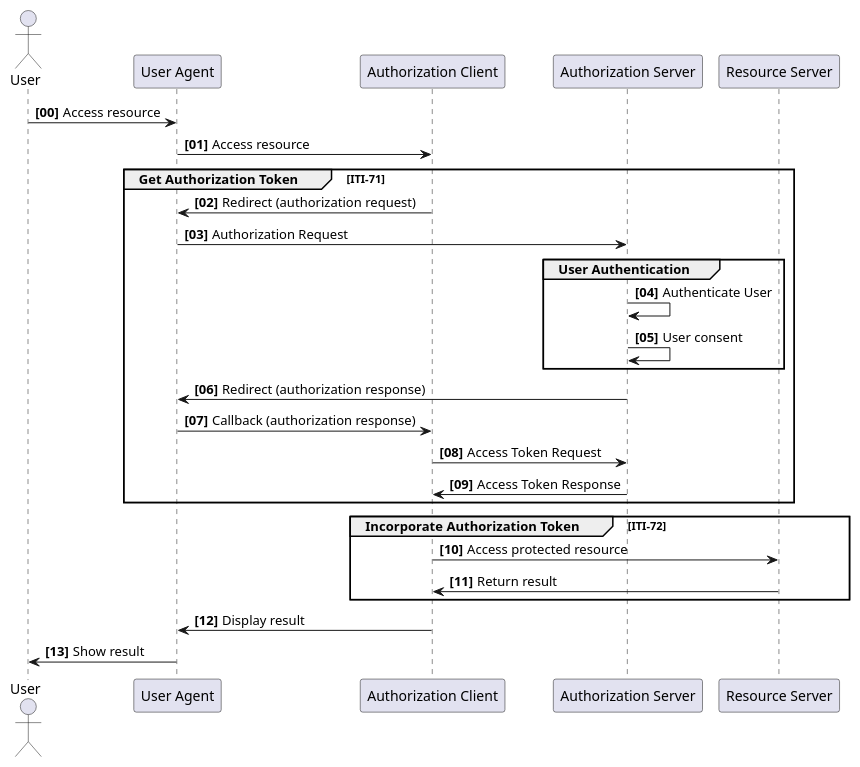
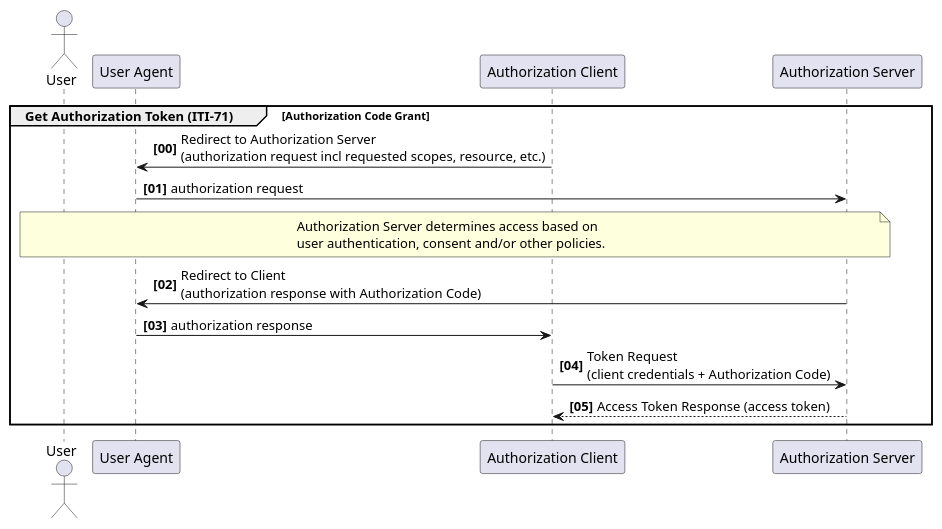
Before and after one commit to IHE/IT-Infrastructure: the third of 6 diagrams in IUA.b/IHE_ITI_Suppl_IUA.md, drawn with PlantUML. The commit also changed other lines of this file and 4 other files, not shown here.

````diff
--- a/IUA.b/IHE_ITI_Suppl_IUA.md
+++ b/IUA.b/IHE_ITI_Suppl_IUA.md
@@ -579,43 +579,29 @@
 ```plantuml
 @startuml authorization-code-grant
 
 actor User
 
 participant "User Agent" as UserAgent
 participant "Authorization Client" as Client
 participant "Authorization Server" as AuthzServer
-participant "Resource Server" as ResourceServer
 
 autonumber 0 1 "<b>[00]"
 
-User -> UserAgent: Access resource
-UserAgent -> Client: Access resource
+group Get Authorization Token (ITI-71) [Authorization Code Grant]
+Client -> UserAgent: Redirect to Authorization Server \n(authorization request incl requested scopes, resource, etc.)
+UserAgent -> AuthzServer: authorization request
 
-group Get Authorization Token [ITI-71]
-Client -> UserAgent: Redirect (authorization request)
+note over User, AuthzServer
+  Authorization Server determines access based on
+  user authentication, consent and/or other policies.
+end note
 
-UserAgent -> AuthzServer: Authorization Request
+AuthzServer -> UserAgent: Redirect to Client \n(authorization response with Authorization Code)
+UserAgent -> Client: authorization response
 
-group User Authentication
-AuthzServer -> AuthzServer: Authenticate User
-AuthzServer -> AuthzServer: User consent
+Client -> AuthzServer: Token Request \n(client credentials + Authorization Code)
+AuthzServer --> Client: Access Token Response (access token)
 end
-
-AuthzServer -> UserAgent: Redirect (authorization response)
-UserAgent -> Client: Callback (authorization response)
-Client -> AuthzServer: Access Token Request
-AuthzServer -> Client: Access Token Response
-end
-
-group Incorporate Authorization Token [ITI-72]
-Client -> ResourceServer: Access protected resource
-ResourceServer -> Client: Return result
-end
-
-Client -> UserAgent: Display result
-UserAgent -> User : Show result
-
-autonumber stop
 
 @enduml
 ```
````
